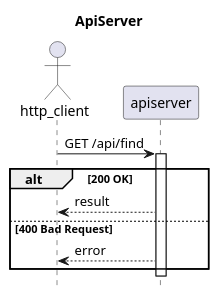
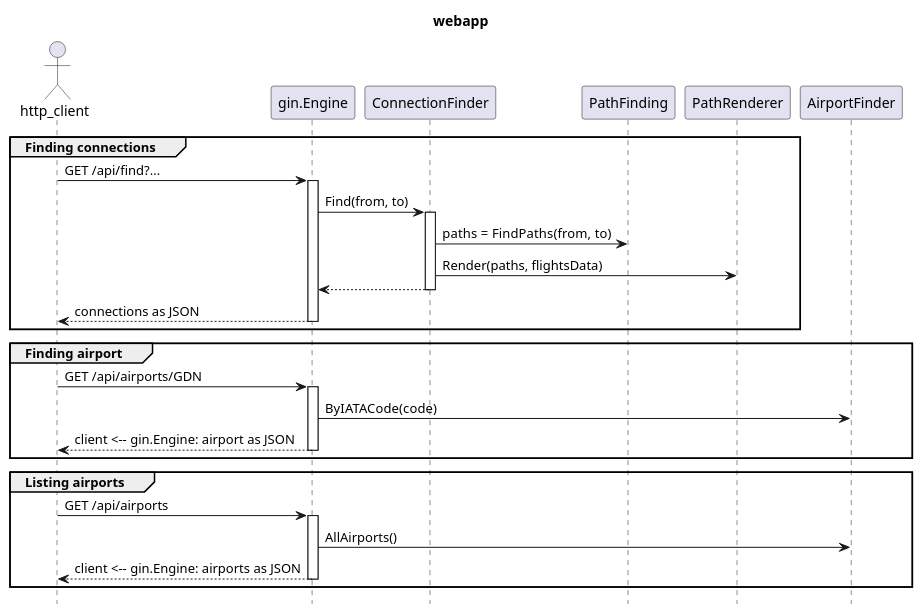
The diagram in docs/sequence.puml (mateuszmidor/FlightFinder), drawn with PlantUML before and after one commit. The commit also changed 2 other files, not shown here.

Commit message:
Add docs/sequence.puml and update README.md

```diff
--- a/docs/sequence.puml
+++ b/docs/sequence.puml
@@ -1,20 +1,51 @@
 @startuml sequence
 
-title ApiServer
+title webapp
+
 hide footbox
 ' skinparam handwritten true
 ' skinparam monochrome true
 ' actor, participant, database, collections, queue
 '
 actor http_client as client
 
+' actor httpserver as gin
+' actor init
+' init -> httpserver: Run
+' httpserver -> gin.Engine: configure middleware
+' httpserver -> gin.Engine: configure routes
+' httpserver -> gin.Engine: Run()
 
-client -> apiserver: GET /api/find
-activate apiserver
-    alt 200 OK
-        client <-- apiserver: result
-    else 400 Bad Request
-        client <-- apiserver: error
-    end
-deactivate
+group Finding connections
+    client -> gin.Engine: GET /api/find?...
+    activate gin.Engine
+        gin.Engine -> ConnectionFinder: Find(from, to)
+        activate ConnectionFinder
+            ConnectionFinder -> PathFinding: paths =  FindPaths(from, to)
+            ConnectionFinder -> PathRenderer: Render(paths, flightsData)
+        return
+    return connections as JSON
+end 
+
+group Finding airport
+    client -> gin.Engine: GET /api/airports/GDN
+    activate gin.Engine
+        gin.Engine -> AirportFinder: ByIATACode(code)
+    return client <-- gin.Engine: airport as JSON
+end
+
+group Listing airports
+    client -> gin.Engine: GET /api/airports
+    activate gin.Engine
+        gin.Engine -> AirportFinder: AllAirports()
+    return client <-- gin.Engine: airports as JSON
+end
+
+' activate apiserver
+'     alt 200 OK
+'         client <-- apiserver: result
+'     else 400 Bad Request
+'         client <-- apiserver: error
+'     end
+' deactivate
 @enduml
```
